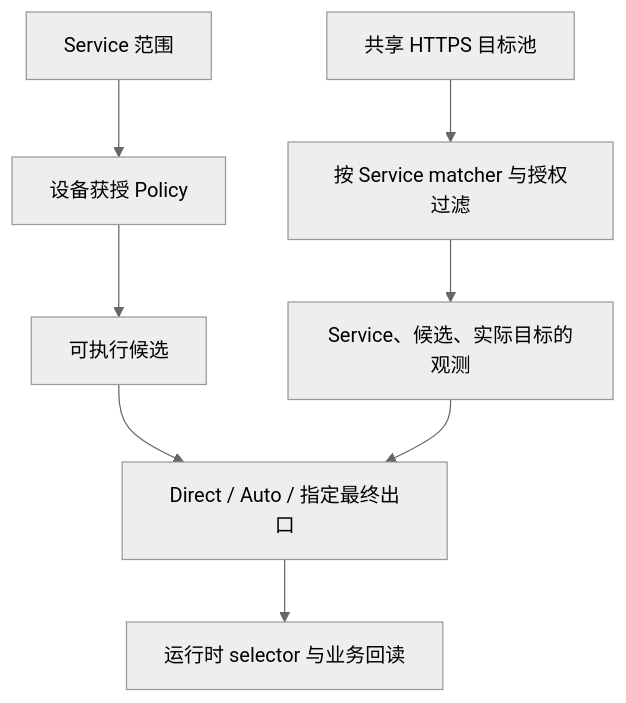
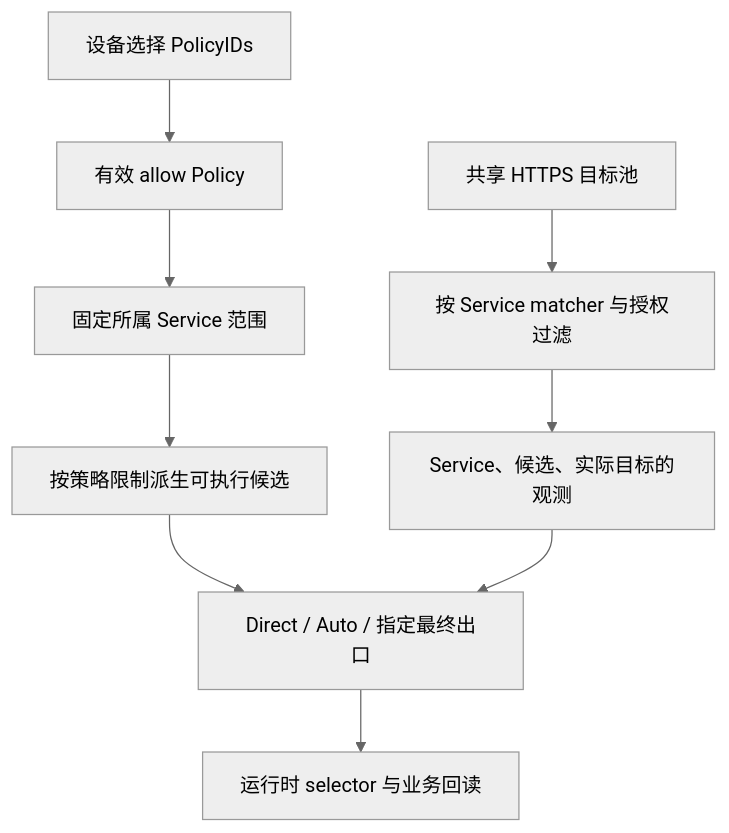
The sixth of 7 diagrams in docs/core/control-model.md (Scisaga/loom), drawn with Mermaid (neutral theme) before and after one commit. The commit also changed other lines of this file and 48 other files, not shown here.

````diff
--- a/docs/core/control-model.md
+++ b/docs/core/control-model.md
@@ -312,10 +434,11 @@
 ```mermaid
 flowchart TD
-    S["Service 范围"] --> P["设备获授 Policy"]
-    P --> C["可执行候选"]
+    D["设备选择 PolicyIDs"] --> P["有效 allow Policy"]
+    P --> S["固定所属 Service 范围"]
+    S --> C["按策略限制派生可执行候选"]
     T["共享 HTTPS 目标池"] --> F["按 Service matcher 与授权过滤"]
     F --> O["Service、候选、实际目标的观测"]
     C --> X["Direct / Auto / 指定最终出口"]
     O --> X
     X --> R["运行时 selector 与业务回读"]
 ```
````
